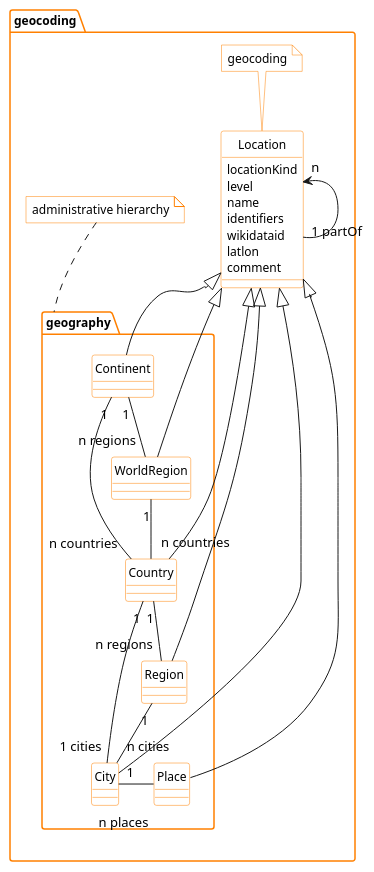
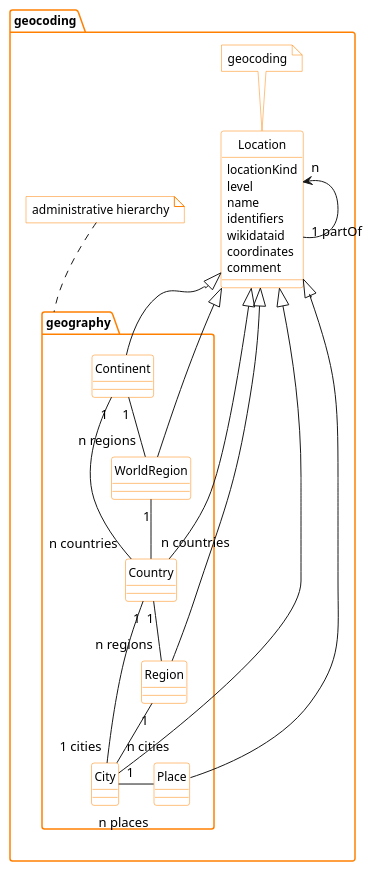
Before and after one commit to WolfgangFahl/genwiki2024: the diagram in genwiki_examples/location.puml, drawn with PlantUML. The commit also changed 9 other files, not shown here.

```diff
--- a/genwiki_examples/location.puml
+++ b/genwiki_examples/location.puml
@@ -1,123 +1,123 @@
 @startuml
 hide circle
 
 package geocoding {
    class Location {
       locationKind
       level
       name
       identifiers
       wikidataid
-      latlon
+      coordinates
       comment
   }
    note top of Location:  geocoding
   Location "n" <-- "1 partOf"  Location
 
   package geography {
   class Continent {
   }
   class WorldRegion {
   }
   class Country {
   }
   class Region {
   }
   class City {
   }
   class Place {
   }
   Continent "1" -- "n regions" WorldRegion
   Continent "1" - "n countries" Country
   WorldRegion "1" -- "n countries" Country
   Country "1" -- "n regions" Region
   Country "1" -- "1 cities" City
   Region "1" -- "n cities" City
   City "1" -"n places" Place
   Location <|-- Continent
   Location <|-- WorldRegion
   Location <|-- Country
   Location <|--  Region
   Location <|-- City
   Location <|-- Place
   }
   note top of geography: administrative hierarchy
 }
 ' BITPlan Corporate identity skin params
 ' Copyright (c) 2015-2020 BITPlan GmbH
 ' see http://wiki.bitplan.com/PlantUmlSkinParams#BITPlanCI
 ' skinparams generated by com.bitplan.restmodelmanager
 skinparam note {
   BackGroundColor #FFFFFF
   FontSize 12
   ArrowColor #FF8000
   BorderColor #FF8000
   FontColor black
   FontName Technical
 }
 skinparam component {
   BackGroundColor #FFFFFF
   FontSize 12
   ArrowColor #FF8000
   BorderColor #FF8000
   FontColor black
   FontName Technical
 }
 skinparam package {
   BackGroundColor #FFFFFF
   FontSize 12
   ArrowColor #FF8000
   BorderColor #FF8000
   FontColor black
   FontName Technical
 }
 skinparam usecase {
   BackGroundColor #FFFFFF
   FontSize 12
   ArrowColor #FF8000
   BorderColor #FF8000
   FontColor black
   FontName Technical
 }
 skinparam activity {
   BackGroundColor #FFFFFF
   FontSize 12
   ArrowColor #FF8000
   BorderColor #FF8000
   FontColor black
   FontName Technical
 }
 skinparam classAttribute {
   BackGroundColor #FFFFFF
   FontSize 12
   ArrowColor #FF8000
   BorderColor #FF8000
   FontColor black
   FontName Technical
 }
 skinparam interface {
   BackGroundColor #FFFFFF
   FontSize 12
   ArrowColor #FF8000
   BorderColor #FF8000
   FontColor black
   FontName Technical
 }
 skinparam class {
   BackGroundColor #FFFFFF
   FontSize 12
   ArrowColor #FF8000
   BorderColor #FF8000
   FontColor black
   FontName Technical
 }
 skinparam object {
   BackGroundColor #FFFFFF
   FontSize 12
   ArrowColor #FF8000
   BorderColor #FF8000
   FontColor black
   FontName Technical
 }
 ' end of skinparams '
 @enduml
```
